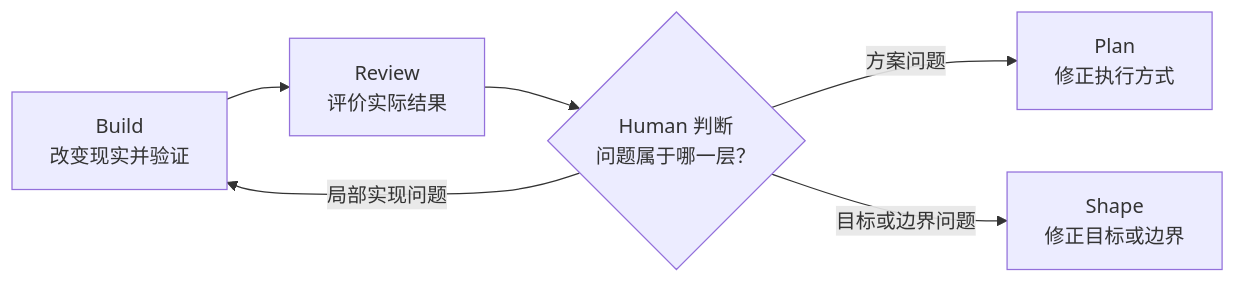
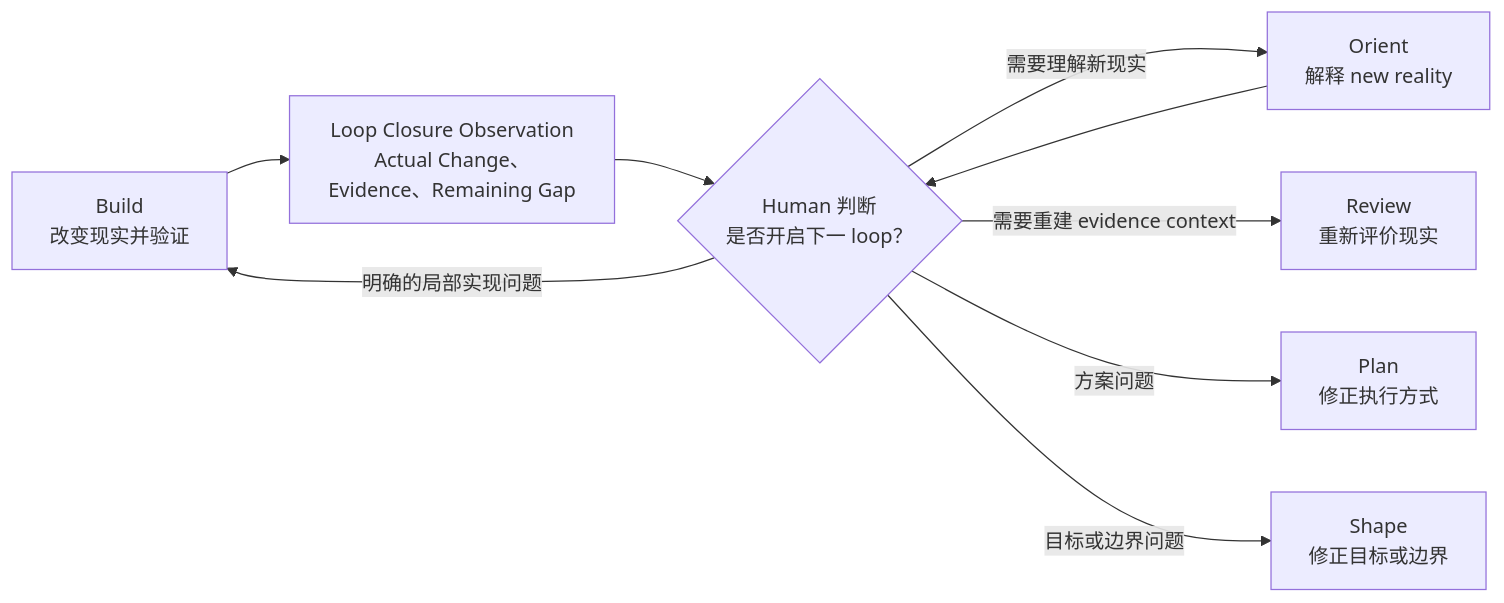
The seventh of 8 diagrams in .human-react/loop.md (FlutteryEmbers/human-react), drawn with Mermaid before and after one commit. The commit also changed other lines of this file and 17 other files, not shown here.

````diff
--- a/.human-react/loop.md
+++ b/.human-react/loop.md
@@ -146,14 +202,19 @@
 ```mermaid
 flowchart LR
     B["Build<br/>改变现实并验证"]
-    R["Review<br/>评价实际结果"]
-    H{"Human 判断<br/>问题属于哪一层？"}
+    C["Loop Closure Observation<br/>Actual Change、Evidence、Remaining Gap"]
+    H{"Human 判断<br/>是否开启下一 loop？"}
+    O["Orient<br/>解释 new reality"]
+    R["Review<br/>重新评价现实"]
     P["Plan<br/>修正执行方式"]
     S["Shape<br/>修正目标或边界"]
 
-    B --> R
-    R --> H
-    H -->|"局部实现问题"| B
+    B --> C
+    C --> H
+    H -->|"需要理解新现实"| O
+    O --> H
+    H -->|"需要重建 evidence context"| R
+    H -->|"明确的局部实现问题"| B
     H -->|"方案问题"| P
     H -->|"目标或边界问题"| S
 ```
````
